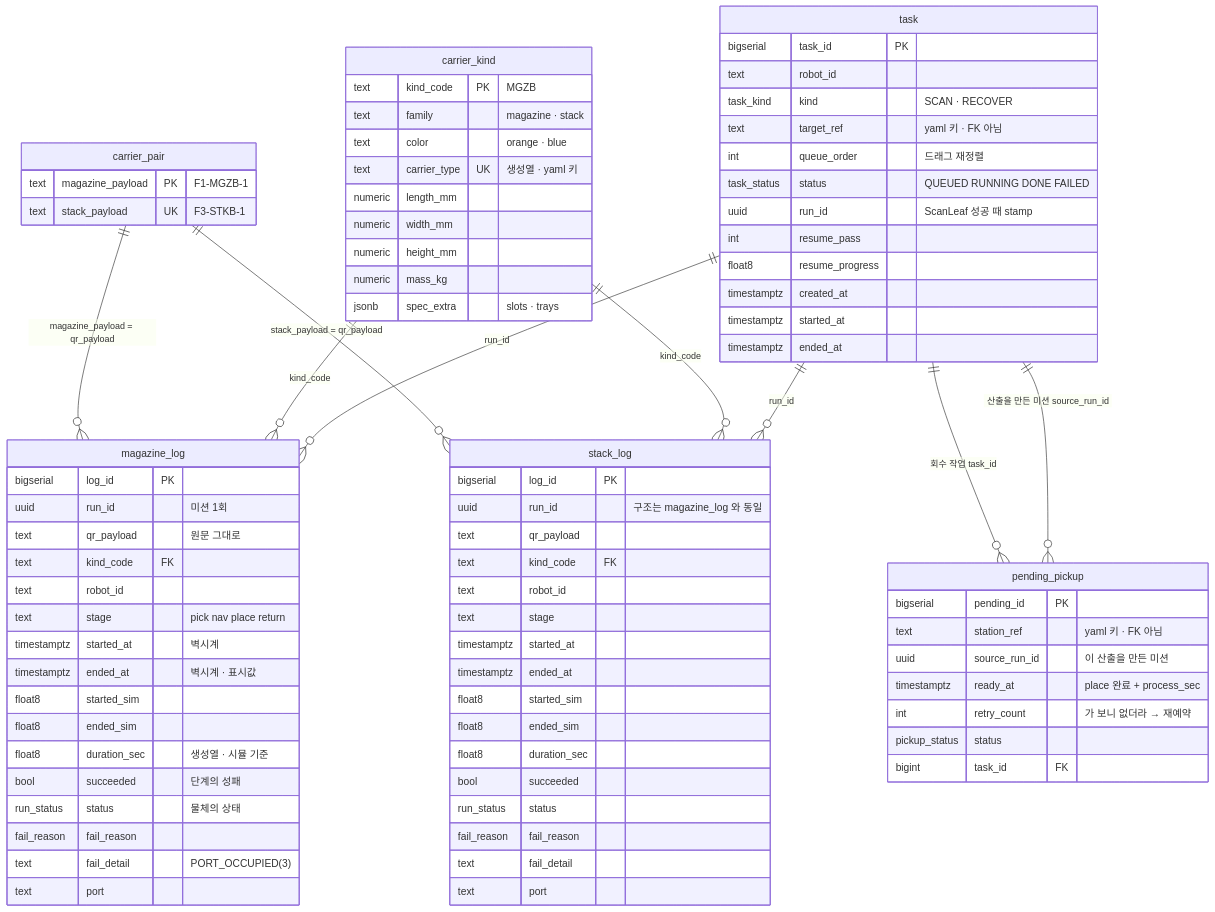
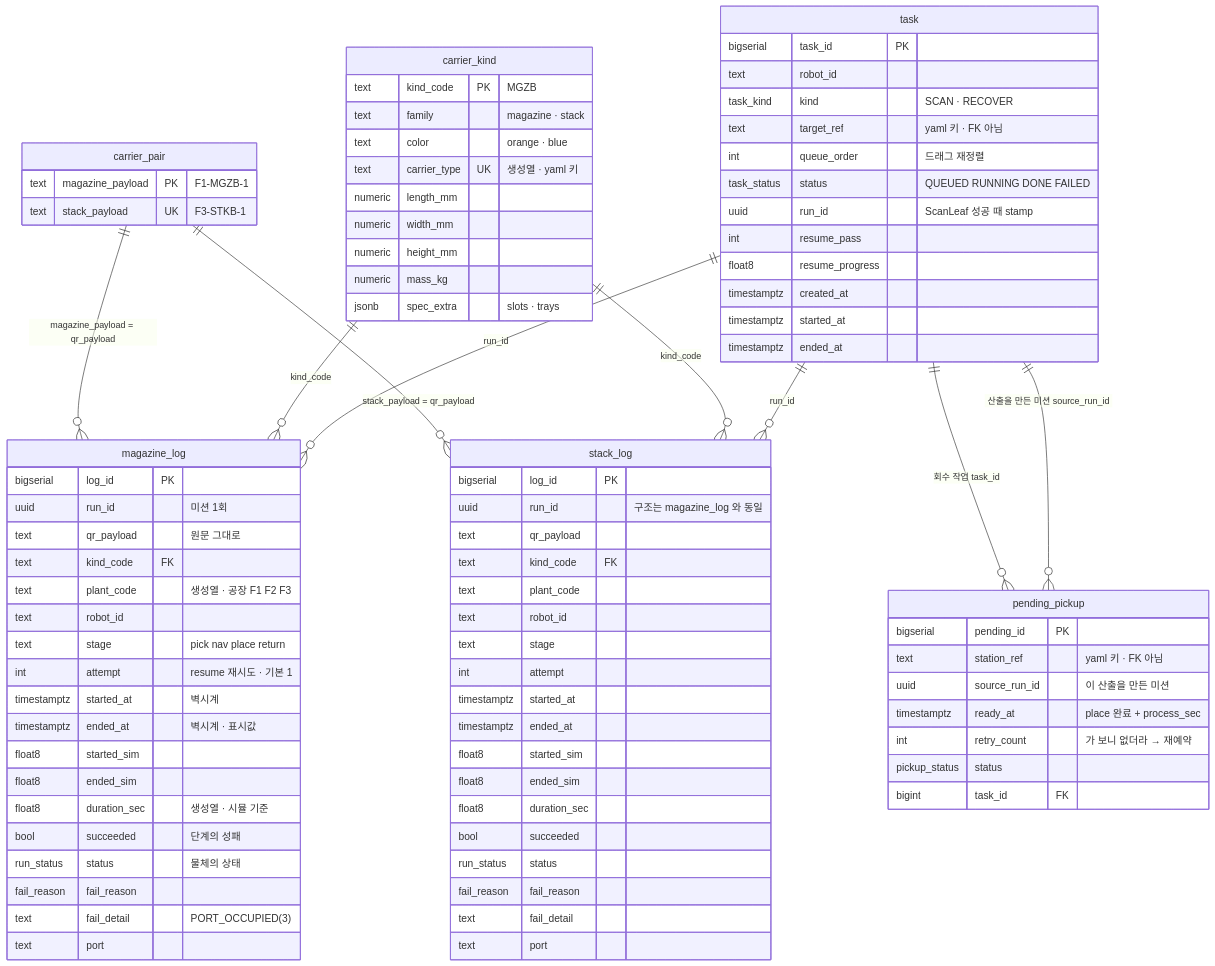
The first of 2 diagrams in docs/ERD.md (je1113/cobot3_isaacsim), drawn with Mermaid before and after one commit. The commit also changed other lines of this file and 1 other file, not shown here.

First line of the commit message:
docs: 표 1~4 미정 4개 전부 확정 — attempt · plant_code · run_outcome

```diff
--- a/docs/ERD.md
+++ b/docs/ERD.md
@@ -49,8 +49,10 @@
         uuid run_id "미션 1회"
         text qr_payload "원문 그대로"
         text kind_code FK
+        text plant_code "생성열 · 공장 F1 F2 F3"
         text robot_id
         text stage "pick nav place return"
+        int attempt "resume 재시도 · 기본 1"
         timestamptz started_at "벽시계"
         timestamptz ended_at "벽시계 · 표시값"
         float8 started_sim
@@ -67,8 +69,10 @@
         uuid run_id "구조는 magazine_log 와 동일"
         text qr_payload
         text kind_code FK
+        text plant_code
         text robot_id
         text stage
+        int attempt
         timestamptz started_at
         timestamptz ended_at
         float8 started_sim
```
